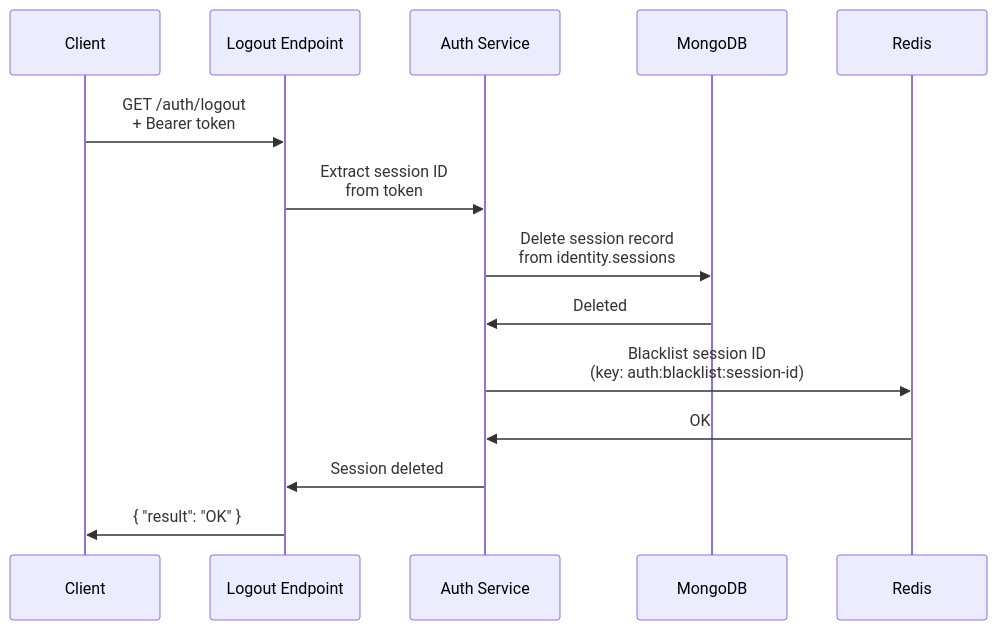
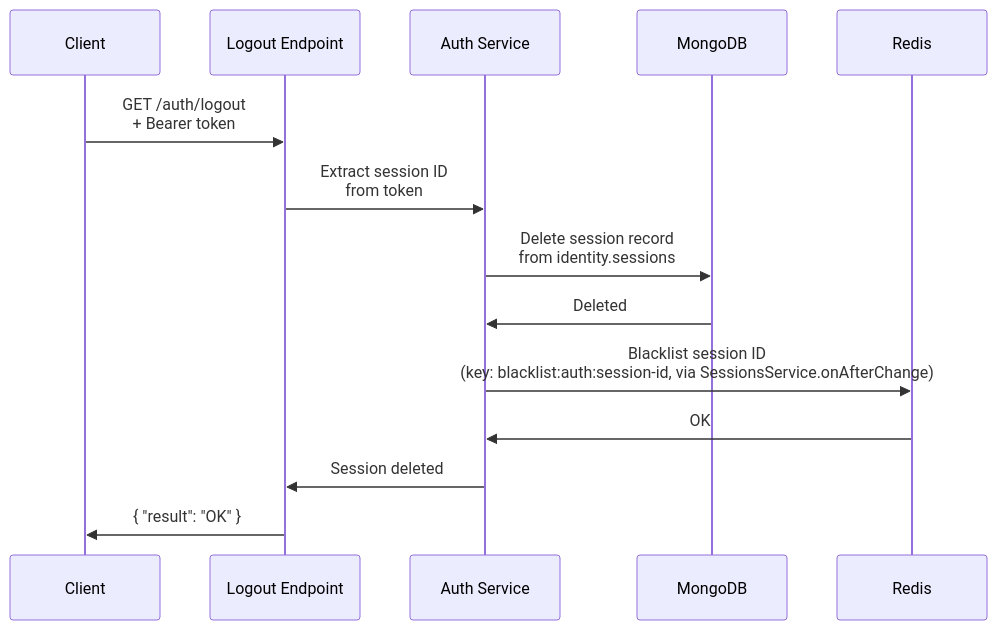
The second of 2 diagrams in api/authentication.md (wenex-org/platform-docs), drawn with Mermaid before and after one commit. The commit also changed other lines of this file and 29 other files, not shown here.

````diff
--- a/api/authentication.md
+++ b/api/authentication.md
@@ -257,11 +257,11 @@
 ```mermaid
 sequenceDiagram
     Client->>Logout Endpoint: GET /auth/logout<br/>+ Bearer token
     Logout Endpoint->>Auth Service: Extract session ID<br/>from token
     Auth Service->>MongoDB: Delete session record<br/>from identity.sessions
     MongoDB->>Auth Service: Deleted
-    Auth Service->>Redis: Blacklist session ID<br/>(key: auth:blacklist:session-id)
+    Auth Service->>Redis: Blacklist session ID<br/>(key: blacklist:auth:session-id, via SessionsService.onAfterChange)
     Redis->>Auth Service: OK
     Auth Service->>Logout Endpoint: Session deleted
     Logout Endpoint->>Client: { "result": "OK" }
 ```
````
